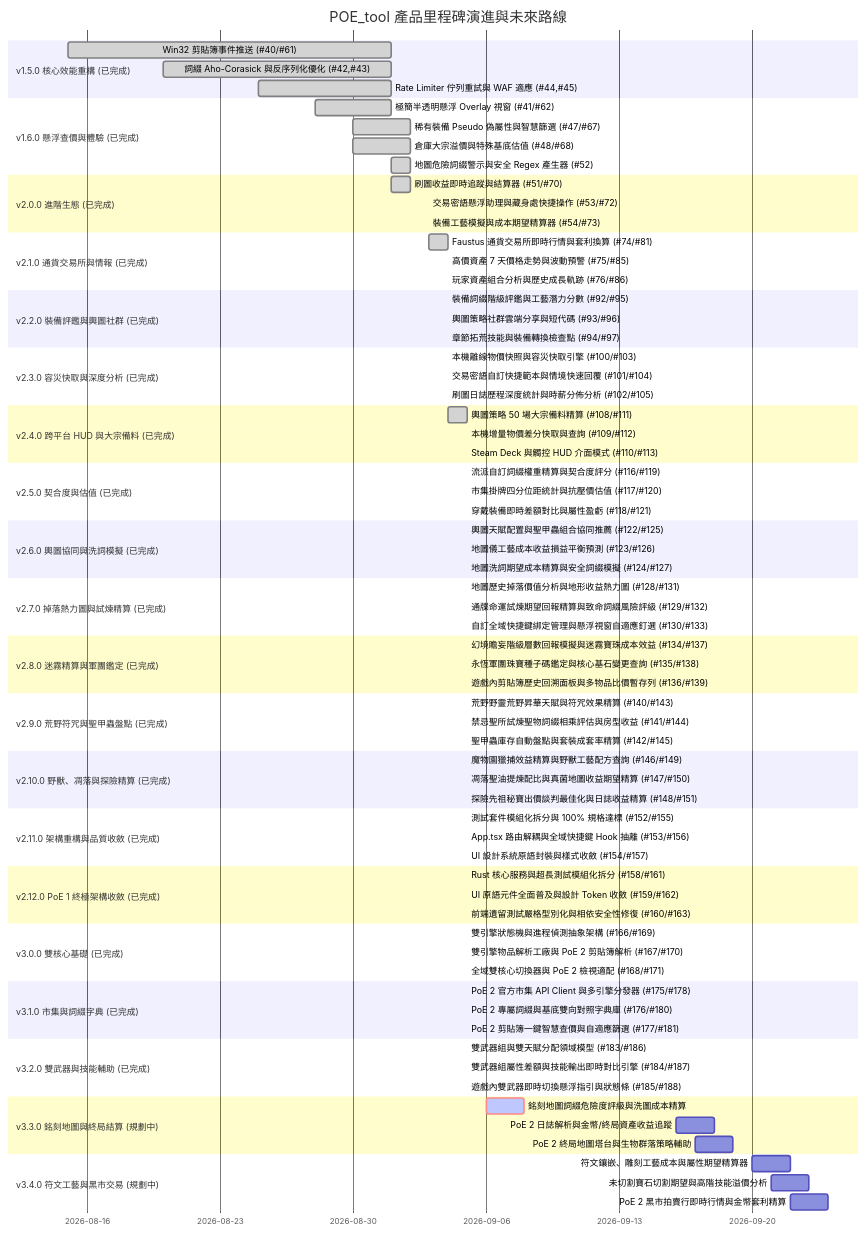
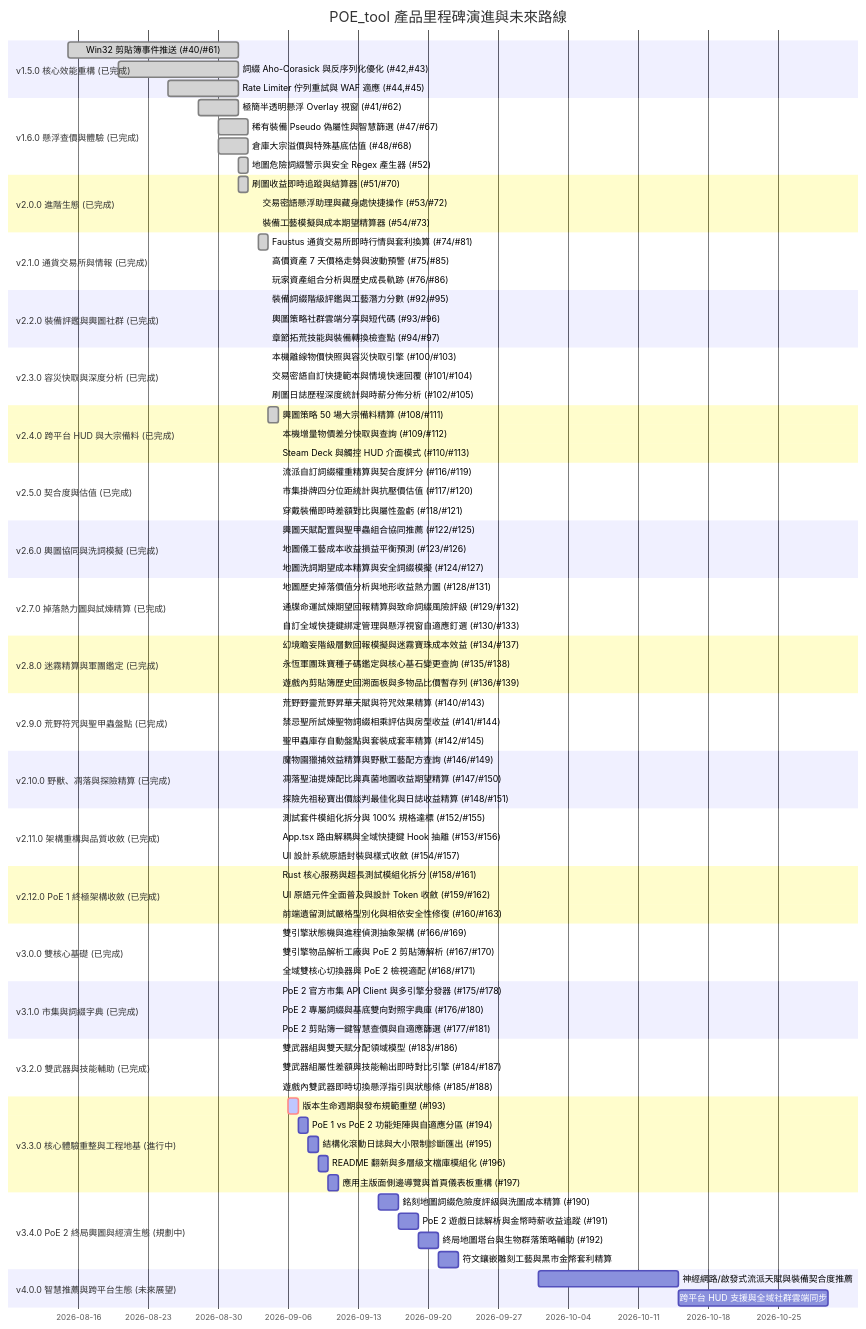
Before and after one commit to saijo0404/POE-tool: the diagram in ROADMAP.md, drawn with Mermaid. The commit also changed other lines of this file and 2 other files, not shown here.

Commit message:
refactor(versioning): redesign release lifecycle and streamline roadmap milestones

````diff
--- a/ROADMAP.md
+++ b/ROADMAP.md
@@ -148,12 +152,18 @@
     雙武器組與雙天賦分配領域模型 (#183/#186)       :done,    m18_1, 2026-09-05, 2026-09-05
     雙武器組屬性差額與技能輸出即時對比引擎 (#184/#187) :done,    m18_2, 2026-09-05, 2026-09-05
     遊戲內雙武器即時切換懸浮指引與狀態條 (#185/#188)   :done,    m18_3, 2026-09-05, 2026-09-05
-    section v3.3.0 銘刻地圖與終局結算 (規劃中)
-    銘刻地圖詞綴危險度評級與洗圖成本精算           :crit, active, m19_1, 2026-09-06, 2026-09-08
-    PoE 2 日誌解析與金幣/終局資產收益追蹤          :m19_2, 2026-09-16, 2026-09-18
-    PoE 2 終局地圖塔台與生物群落策略輔助           :m19_3, 2026-09-17, 2026-09-19
-    section v3.4.0 符文工藝與黑市交易 (規劃中)
-    符文鑲嵌、雕刻工藝成本與屬性期望精算器           :m20_1, 2026-09-20, 2026-09-22
-    未切割寶石切割期望與高階技能溢價分析           :m20_2, 2026-09-21, 2026-09-23
-    PoE 2 黑市拍賣行即時行情與金幣套利精算          :m20_3, 2026-09-22, 2026-09-24
+    section v3.3.0 核心體驗重整與工程地基 (進行中)
+    版本生命週期與發布規範重塑 (#193)             :crit, active, m19_1, 2026-09-06, 2026-09-07
+    PoE 1 vs PoE 2 功能矩陣與自適應分區 (#194)    :m19_2, 2026-09-07, 2026-09-08
+    結構化滾動日誌與大小限制診斷匯出 (#195)         :m19_3, 2026-09-08, 2026-09-09
+    README 翻新與多層級文檔庫模組化 (#196)        :m19_4, 2026-09-09, 2026-09-10
+    應用主版面側邊導覽與首頁儀表板重構 (#197)      :m19_5, 2026-09-10, 2026-09-11
+    section v3.4.0 PoE 2 終局輿圖與經濟生態 (規劃中)
+    銘刻地圖詞綴危險度評級與洗圖成本精算 (#190)    :m20_1, 2026-09-15, 2026-09-17
+    PoE 2 遊戲日誌解析與金幣時薪收益追蹤 (#191)    :m20_2, 2026-09-17, 2026-09-19
+    終局地圖塔台與生物群落策略輔助 (#192)          :m20_3, 2026-09-19, 2026-09-21
+    符文鑲嵌雕刻工藝與黑市金幣套利精算             :m20_4, 2026-09-21, 2026-09-23
+    section v4.0.0 智慧推薦與跨平台生態 (未來展望)
+    神經網路/啟發式流派天賦與裝備契合度推薦        :m21_1, 2026-10-01, 2026-10-15
+    跨平台 HUD 支援與全域社群雲端同步             :m21_2, 2026-10-15, 2026-10-30
 ```
````
